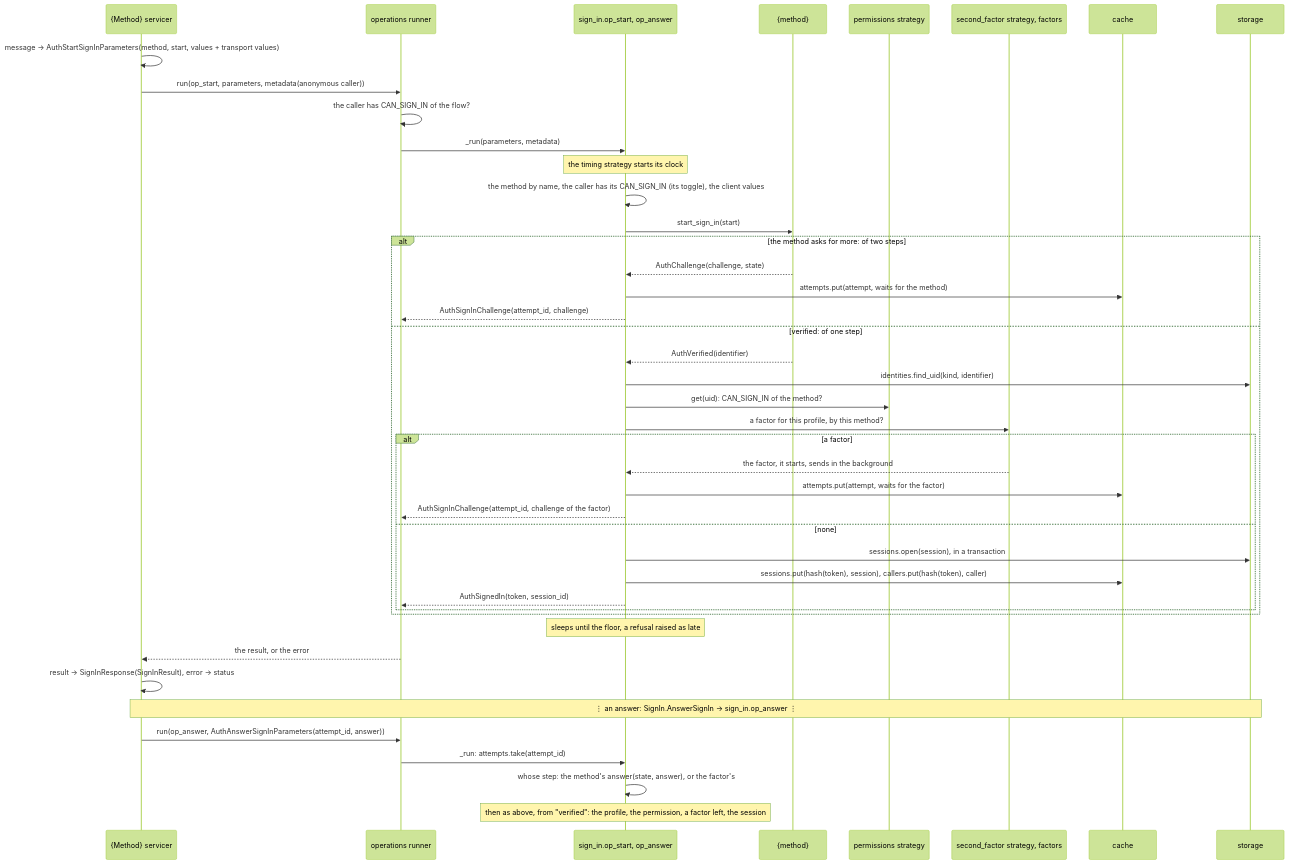
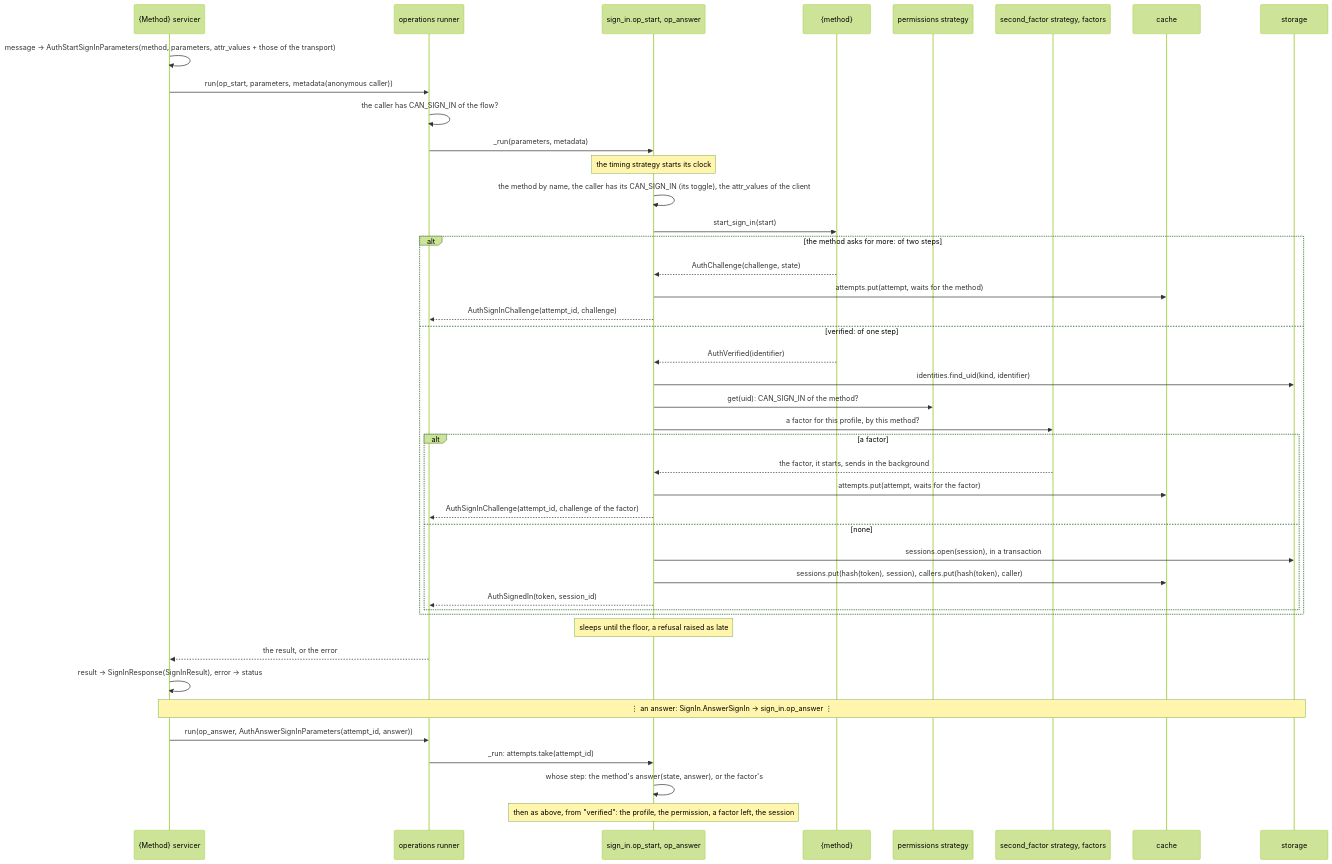
Before and after one commit to ak-ingots/ingots-libs: the third of 4 diagrams in docs/design/auth/methods/README.md, drawn with Mermaid (forest theme). The commit also changed other lines of this file and 8 other files, not shown here.

````diff
--- a/docs/design/auth/methods/README.md
+++ b/docs/design/auth/methods/README.md
@@ -223,45 +223,45 @@
 ```mermaid
 sequenceDiagram
     participant Servicer as {Method} servicer
     participant Runner as operations runner
     participant Flow as sign_in.op_start, op_answer
     participant Method as {method}
     participant Perms as permissions strategy
     participant Factor as second_factor strategy, factors
     participant Cache as cache
     participant Storage as storage
-    Servicer->>Servicer: message → AuthStartSignInParameters(method, start, values + transport values)
+    Servicer->>Servicer: message → AuthStartSignInParameters(method, parameters, attr_values + those of the transport)
     Servicer->>Runner: run(op_start, parameters, metadata(anonymous caller))
     Runner->>Runner: the caller has CAN_SIGN_IN of the flow?
     Runner->>Flow: _run(parameters, metadata)
     Note over Flow: the timing strategy starts its clock
-    Flow->>Flow: the method by name, the caller has its CAN_SIGN_IN (its toggle), the client values
+    Flow->>Flow: the method by name, the caller has its CAN_SIGN_IN (its toggle), the attr_values of the client
     Flow->>Method: start_sign_in(start)
     alt the method asks for more: of two steps
         Method-->>Flow: AuthChallenge(challenge, state)
         Flow->>Cache: attempts.put(attempt, waits for the method)
         Flow-->>Runner: AuthSignInChallenge(attempt_id, challenge)
     else verified: of one step
         Method-->>Flow: AuthVerified(identifier)
         Flow->>Storage: identities.find_uid(kind, identifier)
         Flow->>Perms: get(uid): CAN_SIGN_IN of the method?
         Flow->>Factor: a factor for this profile, by this method?
         alt a factor
             Factor-->>Flow: the factor, it starts, sends in the background
             Flow->>Cache: attempts.put(attempt, waits for the factor)
             Flow-->>Runner: AuthSignInChallenge(attempt_id, challenge of the factor)
         else none
             Flow->>Storage: sessions.open(session), in a transaction
             Flow->>Cache: sessions.put(hash(token), session), callers.put(hash(token), caller)
             Flow-->>Runner: AuthSignedIn(token, session_id)
         end
     end
     Note over Flow: sleeps until the floor, a refusal raised as late
     Runner-->>Servicer: the result, or the error
     Servicer->>Servicer: result → SignInResponse(SignInResult), error → status
     Note over Servicer,Storage: ⋮ an answer: SignIn.AnswerSignIn → sign_in.op_answer ⋮
     Servicer->>Runner: run(op_answer, AuthAnswerSignInParameters(attempt_id, answer))
     Runner->>Flow: _run: attempts.take(attempt_id)
     Flow->>Flow: whose step: the method's answer(state, answer), or the factor's
     Note over Flow: then as above, from "verified": the profile, the permission, a factor left, the session
 ```
````
